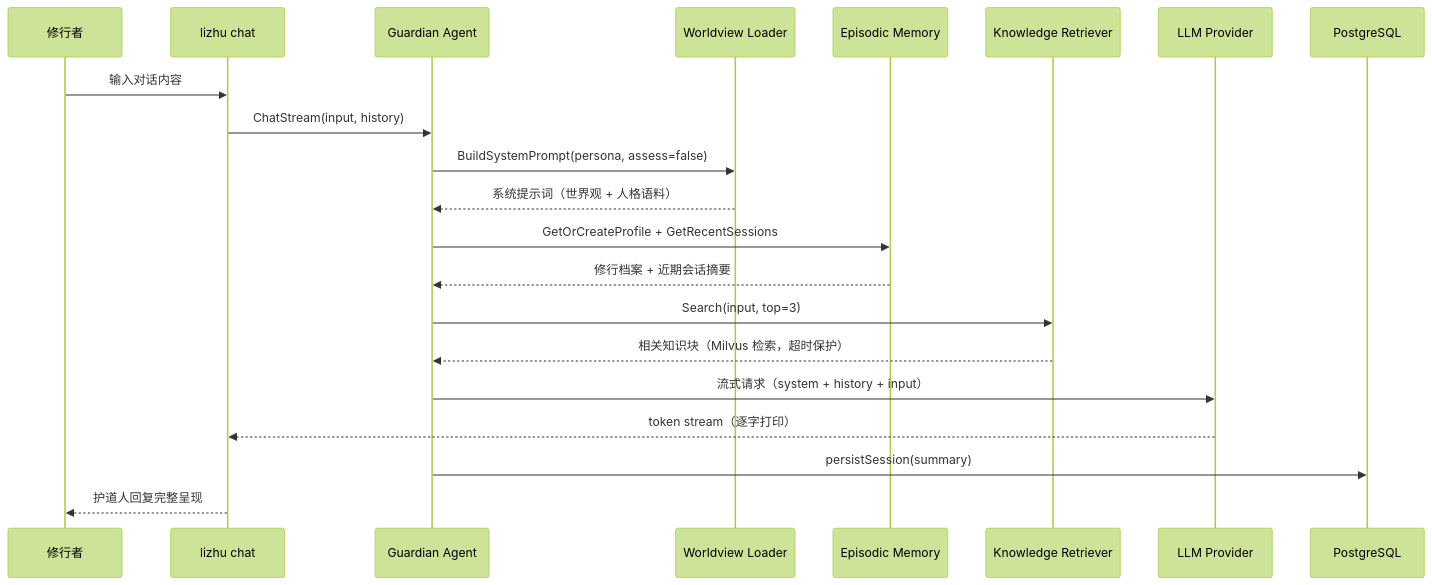
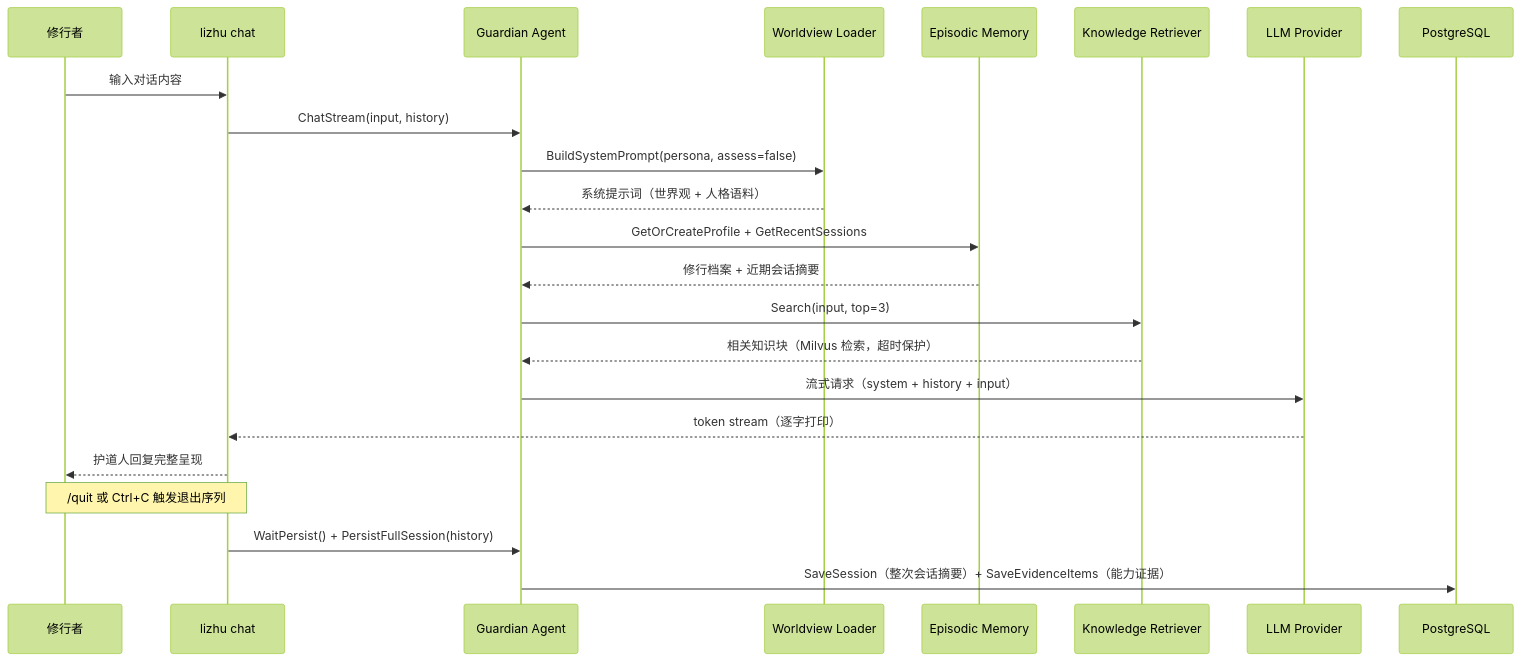
The first of 3 diagrams in README.md (YuehaoDai/Lizhu), drawn with Mermaid (forest theme) before and after one commit. The commit also changed other lines of this file and 12 other files, not shown here.

````diff
--- a/README.md
+++ b/README.md
@@ -90,24 +100,26 @@
 ```mermaid
 sequenceDiagram
     participant U as 修行者
     participant CLI as lizhu chat
     participant GA as Guardian Agent
     participant WL as Worldview Loader
     participant EM as Episodic Memory
     participant KR as Knowledge Retriever
     participant LLM as LLM Provider
     participant DB as PostgreSQL
 
     U->>CLI: 输入对话内容
     CLI->>GA: ChatStream(input, history)
     GA->>WL: BuildSystemPrompt(persona, assess=false)
     WL-->>GA: 系统提示词（世界观 + 人格语料）
     GA->>EM: GetOrCreateProfile + GetRecentSessions
     EM-->>GA: 修行档案 + 近期会话摘要
     GA->>KR: Search(input, top=3)
     KR-->>GA: 相关知识块（Milvus 检索，超时保护）
     GA->>LLM: 流式请求（system + history + input）
     LLM-->>CLI: token stream（逐字打印）
-    GA->>DB: persistSession(summary)
     CLI-->>U: 护道人回复完整呈现
+    Note over CLI,U: /quit 或 Ctrl+C 触发退出序列
+    CLI->>GA: WaitPersist() + PersistFullSession(history)
+    GA->>DB: SaveSession（整次会话摘要）+ SaveEvidenceItems（能力证据）
 ```
````
